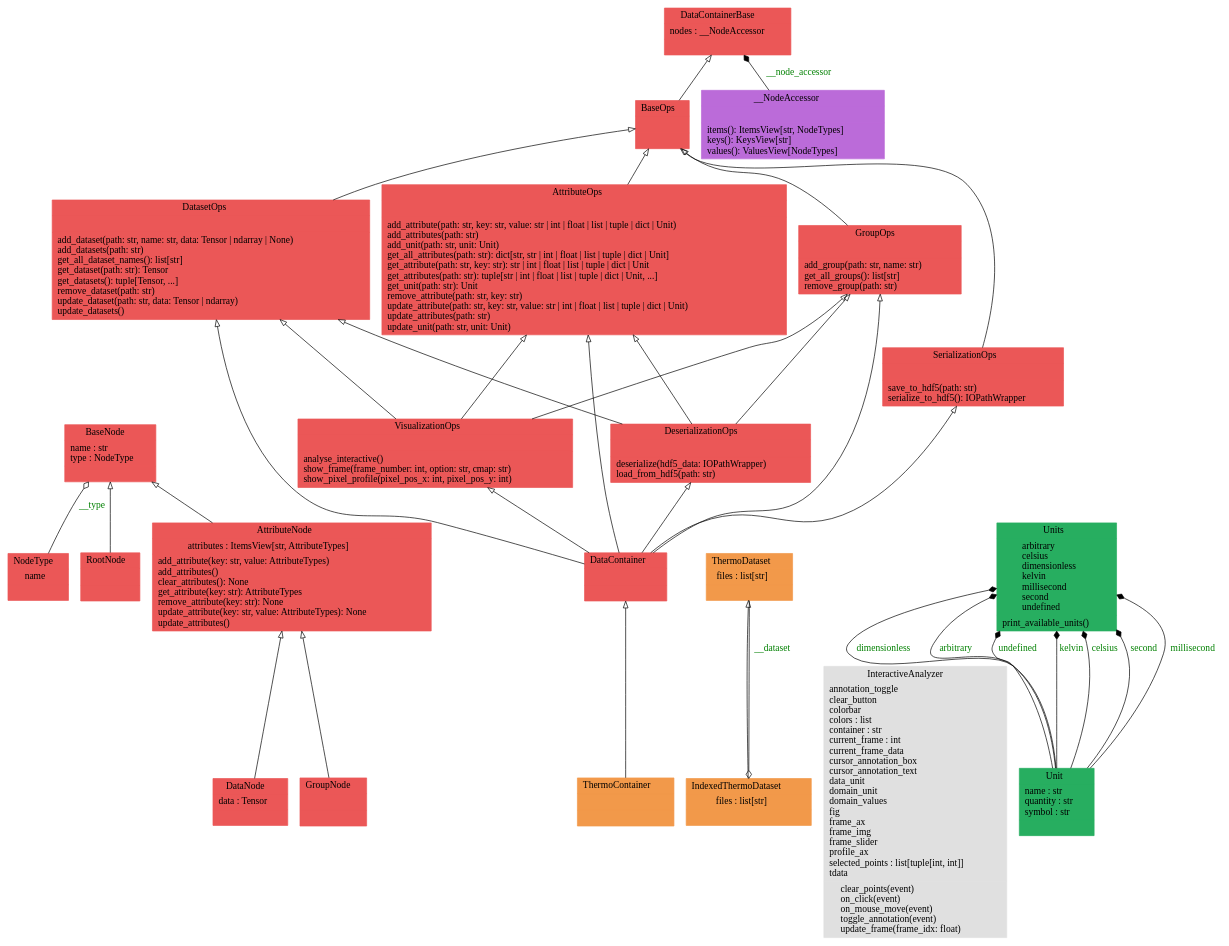
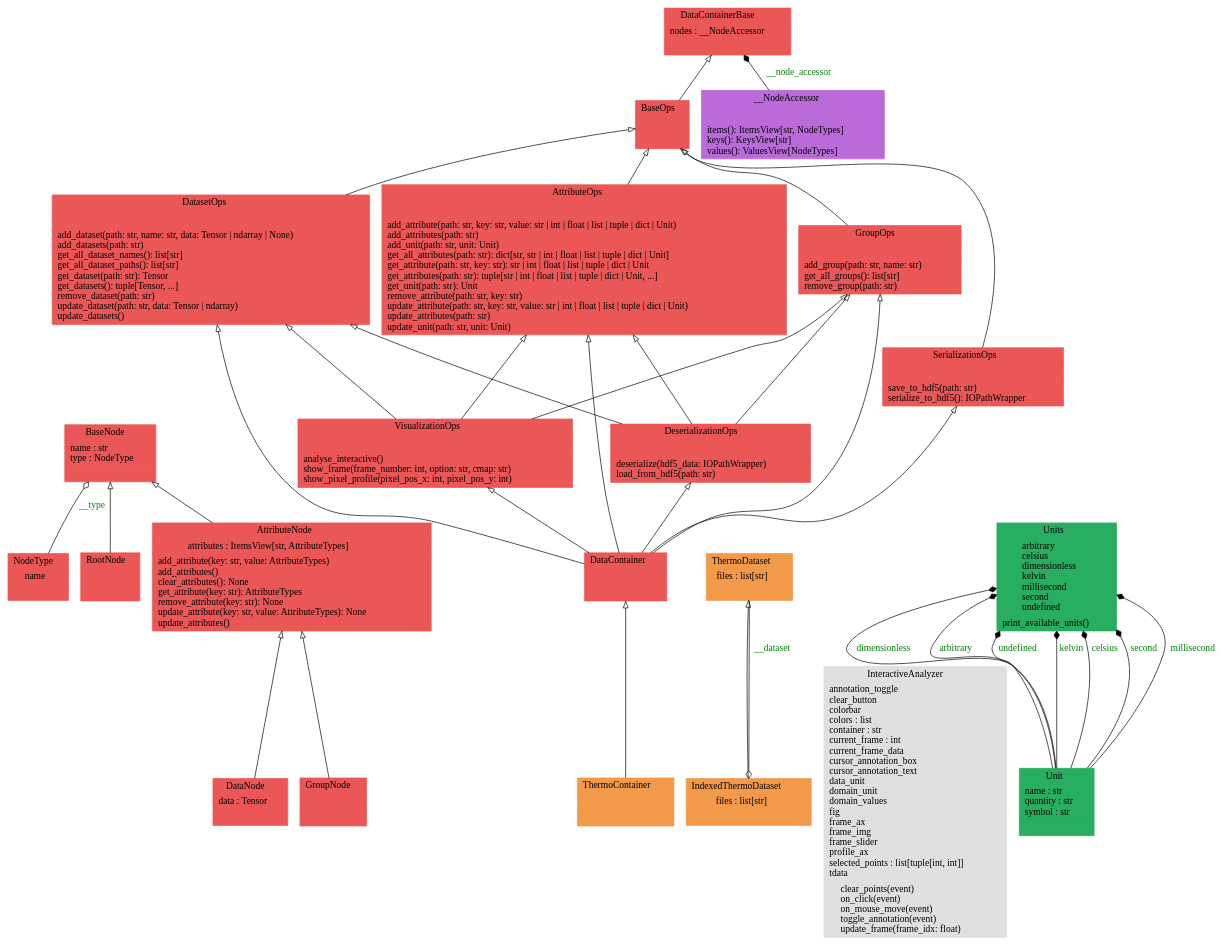
Before and after one commit to voidsy-gmbh/pyThermoNDT: the diagram in docs/pyreverse/graphviz/classes_pythermondt.data.gv, drawn with Graphviz. The commit also changed 18 other files, not shown here.

```diff
--- a/docs/pyreverse/graphviz/classes_pythermondt.data.gv
+++ b/docs/pyreverse/graphviz/classes_pythermondt.data.gv
@@ -1,59 +1,59 @@
 digraph "classes_pythermondt.data" {
 rankdir=BT
 charset="utf-8"
 "pythermondt.data.datacontainer.node.AttributeNode" [color="#EB5757", fontcolor="black", label=<{AttributeNode|attributes : ItemsView[str, AttributeTypes]<br ALIGN="LEFT"/>|add_attribute(key: str, value: AttributeTypes)<br ALIGN="LEFT"/>add_attributes()<br ALIGN="LEFT"/>clear_attributes(): None<br ALIGN="LEFT"/>get_attribute(key: str): AttributeTypes<br ALIGN="LEFT"/>remove_attribute(key: str): None<br ALIGN="LEFT"/>update_attribute(key: str, value: AttributeTypes): None<br ALIGN="LEFT"/>update_attributes()<br ALIGN="LEFT"/>}>, shape="record", style="filled"];
 "pythermondt.data.datacontainer.attribute_ops.AttributeOps" [color="#EB5757", fontcolor="black", label=<{AttributeOps|<br ALIGN="LEFT"/>|add_attribute(path: str, key: str, value: str \| int \| float \| list \| tuple \| dict \| Unit)<br ALIGN="LEFT"/>add_attributes(path: str)<br ALIGN="LEFT"/>add_unit(path: str, unit: Unit)<br ALIGN="LEFT"/>get_all_attributes(path: str): dict[str, str \| int \| float \| list \| tuple \| dict \| Unit]<br ALIGN="LEFT"/>get_attribute(path: str, key: str): str \| int \| float \| list \| tuple \| dict \| Unit<br ALIGN="LEFT"/>get_attributes(path: str): tuple[str \| int \| float \| list \| tuple \| dict \| Unit, ...]<br ALIGN="LEFT"/>get_unit(path: str): Unit<br ALIGN="LEFT"/>remove_attribute(path: str, key: str)<br ALIGN="LEFT"/>update_attribute(path: str, key: str, value: str \| int \| float \| list \| tuple \| dict \| Unit)<br ALIGN="LEFT"/>update_attributes(path: str)<br ALIGN="LEFT"/>update_unit(path: str, unit: Unit)<br ALIGN="LEFT"/>}>, shape="record", style="filled"];
 "pythermondt.data.datacontainer.node.BaseNode" [color="#EB5757", fontcolor="black", label=<{BaseNode|name : str<br ALIGN="LEFT"/>type : NodeType<br ALIGN="LEFT"/>|}>, shape="record", style="filled"];
 "pythermondt.data.datacontainer.base.BaseOps" [color="#EB5757", fontcolor="black", label=<{BaseOps|<br ALIGN="LEFT"/>|}>, shape="record", style="filled"];
 "pythermondt.data.datacontainer.core.DataContainer" [color="#EB5757", fontcolor="black", label=<{DataContainer|<br ALIGN="LEFT"/>|}>, shape="record", style="filled"];
 "pythermondt.data.datacontainer.base.DataContainerBase" [color="#EB5757", fontcolor="black", label=<{DataContainerBase|nodes : __NodeAccessor<br ALIGN="LEFT"/>|}>, shape="record", style="filled"];
 "pythermondt.data.datacontainer.node.DataNode" [color="#EB5757", fontcolor="black", label=<{DataNode|data : Tensor<br ALIGN="LEFT"/>|}>, shape="record", style="filled"];
-"pythermondt.data.datacontainer.dataset_ops.DatasetOps" [color="#EB5757", fontcolor="black", label=<{DatasetOps|<br ALIGN="LEFT"/>|add_dataset(path: str, name: str, data: Tensor \| ndarray \| None)<br ALIGN="LEFT"/>add_datasets(path: str)<br ALIGN="LEFT"/>get_all_dataset_names(): list[str]<br ALIGN="LEFT"/>get_dataset(path: str): Tensor<br ALIGN="LEFT"/>get_datasets(): tuple[Tensor, ...]<br ALIGN="LEFT"/>remove_dataset(path: str)<br ALIGN="LEFT"/>update_dataset(path: str, data: Tensor \| ndarray)<br ALIGN="LEFT"/>update_datasets()<br ALIGN="LEFT"/>}>, shape="record", style="filled"];
+"pythermondt.data.datacontainer.dataset_ops.DatasetOps" [color="#EB5757", fontcolor="black", label=<{DatasetOps|<br ALIGN="LEFT"/>|add_dataset(path: str, name: str, data: Tensor \| ndarray \| None)<br ALIGN="LEFT"/>add_datasets(path: str)<br ALIGN="LEFT"/>get_all_dataset_names(): list[str]<br ALIGN="LEFT"/>get_all_dataset_paths(): list[str]<br ALIGN="LEFT"/>get_dataset(path: str): Tensor<br ALIGN="LEFT"/>get_datasets(): tuple[Tensor, ...]<br ALIGN="LEFT"/>remove_dataset(path: str)<br ALIGN="LEFT"/>update_dataset(path: str, data: Tensor \| ndarray)<br ALIGN="LEFT"/>update_datasets()<br ALIGN="LEFT"/>}>, shape="record", style="filled"];
 "pythermondt.data.datacontainer.serialization_ops.DeserializationOps" [color="#EB5757", fontcolor="black", label=<{DeserializationOps|<br ALIGN="LEFT"/>|deserialize(hdf5_data: IOPathWrapper)<br ALIGN="LEFT"/>load_from_hdf5(path: str)<br ALIGN="LEFT"/>}>, shape="record", style="filled"];
 "pythermondt.data.datacontainer.node.GroupNode" [color="#EB5757", fontcolor="black", label=<{GroupNode|<br ALIGN="LEFT"/>|}>, shape="record", style="filled"];
 "pythermondt.data.datacontainer.group_ops.GroupOps" [color="#EB5757", fontcolor="black", label=<{GroupOps|<br ALIGN="LEFT"/>|add_group(path: str, name: str)<br ALIGN="LEFT"/>get_all_groups(): list[str]<br ALIGN="LEFT"/>remove_group(path: str)<br ALIGN="LEFT"/>}>, shape="record", style="filled"];
 "pythermondt.data.thermo_dataset.IndexedThermoDataset" [color="#F2994A", fontcolor="black", label=<{IndexedThermoDataset|files : list[str]<br ALIGN="LEFT"/>|}>, shape="record", style="filled"];
 "pythermondt.data.datacontainer.visualization_ops.VisualizationOps.InteractiveAnalyzer" [color="#E0E0E0", fontcolor="black", label=<{InteractiveAnalyzer|annotation_toggle<br ALIGN="LEFT"/>clear_button<br ALIGN="LEFT"/>colorbar<br ALIGN="LEFT"/>colors : list<br ALIGN="LEFT"/>container : str<br ALIGN="LEFT"/>current_frame : int<br ALIGN="LEFT"/>current_frame_data<br ALIGN="LEFT"/>cursor_annotation_box<br ALIGN="LEFT"/>cursor_annotation_text<br ALIGN="LEFT"/>data_unit<br ALIGN="LEFT"/>domain_unit<br ALIGN="LEFT"/>domain_values<br ALIGN="LEFT"/>fig<br ALIGN="LEFT"/>frame_ax<br ALIGN="LEFT"/>frame_img<br ALIGN="LEFT"/>frame_slider<br ALIGN="LEFT"/>profile_ax<br ALIGN="LEFT"/>selected_points : list[tuple[int, int]]<br ALIGN="LEFT"/>tdata<br ALIGN="LEFT"/>|clear_points(event)<br ALIGN="LEFT"/>on_click(event)<br ALIGN="LEFT"/>on_mouse_move(event)<br ALIGN="LEFT"/>toggle_annotation(event)<br ALIGN="LEFT"/>update_frame(frame_idx: float)<br ALIGN="LEFT"/>}>, shape="record", style="filled"];
 "pythermondt.data.datacontainer.node.NodeType" [color="#EB5757", fontcolor="black", label=<{NodeType|name<br ALIGN="LEFT"/>|}>, shape="record", style="filled"];
 "pythermondt.data.datacontainer.node.RootNode" [color="#EB5757", fontcolor="black", label=<{RootNode|<br ALIGN="LEFT"/>|}>, shape="record", style="filled"];
 "pythermondt.data.datacontainer.serialization_ops.SerializationOps" [color="#EB5757", fontcolor="black", label=<{SerializationOps|<br ALIGN="LEFT"/>|save_to_hdf5(path: str)<br ALIGN="LEFT"/>serialize_to_hdf5(): IOPathWrapper<br ALIGN="LEFT"/>}>, shape="record", style="filled"];
 "pythermondt.data.thermo_container.ThermoContainer" [color="#F2994A", fontcolor="black", label=<{ThermoContainer|<br ALIGN="LEFT"/>|}>, shape="record", style="filled"];
 "pythermondt.data.thermo_dataset.ThermoDataset" [color="#F2994A", fontcolor="black", label=<{ThermoDataset|files : list[str]<br ALIGN="LEFT"/>|}>, shape="record", style="filled"];
 "pythermondt.data.units._unit.Unit" [color="#27AE60", fontcolor="black", label=<{Unit|name : str<br ALIGN="LEFT"/>quantity : str<br ALIGN="LEFT"/>symbol : str<br ALIGN="LEFT"/>|}>, shape="record", style="filled"];
 "pythermondt.data.units.units.Units" [color="#27AE60", fontcolor="black", label=<{Units|arbitrary<br ALIGN="LEFT"/>celsius<br ALIGN="LEFT"/>dimensionless<br ALIGN="LEFT"/>kelvin<br ALIGN="LEFT"/>millisecond<br ALIGN="LEFT"/>second<br ALIGN="LEFT"/>undefined<br ALIGN="LEFT"/>|print_available_units()<br ALIGN="LEFT"/>}>, shape="record", style="filled"];
 "pythermondt.data.datacontainer.visualization_ops.VisualizationOps" [color="#EB5757", fontcolor="black", label=<{VisualizationOps|<br ALIGN="LEFT"/>|analyse_interactive()<br ALIGN="LEFT"/>show_frame(frame_number: int, option: str, cmap: str)<br ALIGN="LEFT"/>show_pixel_profile(pixel_pos_x: int, pixel_pos_y: int)<br ALIGN="LEFT"/>}>, shape="record", style="filled"];
 "pythermondt.data.datacontainer.base.DataContainerBase.__NodeAccessor" [color="#BB6BD9", fontcolor="black", label=<{__NodeAccessor|<br ALIGN="LEFT"/>|items(): ItemsView[str, NodeTypes]<br ALIGN="LEFT"/>keys(): KeysView[str]<br ALIGN="LEFT"/>values(): ValuesView[NodeTypes]<br ALIGN="LEFT"/>}>, shape="record", style="filled"];
 "pythermondt.data.datacontainer.attribute_ops.AttributeOps" -> "pythermondt.data.datacontainer.base.BaseOps" [arrowhead="empty", arrowtail="none"];
 "pythermondt.data.datacontainer.base.BaseOps" -> "pythermondt.data.datacontainer.base.DataContainerBase" [arrowhead="empty", arrowtail="none"];
 "pythermondt.data.datacontainer.core.DataContainer" -> "pythermondt.data.datacontainer.attribute_ops.AttributeOps" [arrowhead="empty", arrowtail="none"];
 "pythermondt.data.datacontainer.core.DataContainer" -> "pythermondt.data.datacontainer.dataset_ops.DatasetOps" [arrowhead="empty", arrowtail="none"];
 "pythermondt.data.datacontainer.core.DataContainer" -> "pythermondt.data.datacontainer.group_ops.GroupOps" [arrowhead="empty", arrowtail="none"];
 "pythermondt.data.datacontainer.core.DataContainer" -> "pythermondt.data.datacontainer.serialization_ops.DeserializationOps" [arrowhead="empty", arrowtail="none"];
 "pythermondt.data.datacontainer.core.DataContainer" -> "pythermondt.data.datacontainer.serialization_ops.SerializationOps" [arrowhead="empty", arrowtail="none"];
 "pythermondt.data.datacontainer.core.DataContainer" -> "pythermondt.data.datacontainer.visualization_ops.VisualizationOps" [arrowhead="empty", arrowtail="none"];
 "pythermondt.data.datacontainer.dataset_ops.DatasetOps" -> "pythermondt.data.datacontainer.base.BaseOps" [arrowhead="empty", arrowtail="none"];
 "pythermondt.data.datacontainer.group_ops.GroupOps" -> "pythermondt.data.datacontainer.base.BaseOps" [arrowhead="empty", arrowtail="none"];
 "pythermondt.data.datacontainer.node.AttributeNode" -> "pythermondt.data.datacontainer.node.BaseNode" [arrowhead="empty", arrowtail="none"];
 "pythermondt.data.datacontainer.node.DataNode" -> "pythermondt.data.datacontainer.node.AttributeNode" [arrowhead="empty", arrowtail="none"];
 "pythermondt.data.datacontainer.node.GroupNode" -> "pythermondt.data.datacontainer.node.AttributeNode" [arrowhead="empty", arrowtail="none"];
 "pythermondt.data.datacontainer.node.RootNode" -> "pythermondt.data.datacontainer.node.BaseNode" [arrowhead="empty", arrowtail="none"];
 "pythermondt.data.datacontainer.serialization_ops.DeserializationOps" -> "pythermondt.data.datacontainer.attribute_ops.AttributeOps" [arrowhead="empty", arrowtail="none"];
 "pythermondt.data.datacontainer.serialization_ops.DeserializationOps" -> "pythermondt.data.datacontainer.dataset_ops.DatasetOps" [arrowhead="empty", arrowtail="none"];
 "pythermondt.data.datacontainer.serialization_ops.DeserializationOps" -> "pythermondt.data.datacontainer.group_ops.GroupOps" [arrowhead="empty", arrowtail="none"];
 "pythermondt.data.datacontainer.serialization_ops.SerializationOps" -> "pythermondt.data.datacontainer.base.BaseOps" [arrowhead="empty", arrowtail="none"];
 "pythermondt.data.datacontainer.visualization_ops.VisualizationOps" -> "pythermondt.data.datacontainer.attribute_ops.AttributeOps" [arrowhead="empty", arrowtail="none"];
 "pythermondt.data.datacontainer.visualization_ops.VisualizationOps" -> "pythermondt.data.datacontainer.dataset_ops.DatasetOps" [arrowhead="empty", arrowtail="none"];
 "pythermondt.data.datacontainer.visualization_ops.VisualizationOps" -> "pythermondt.data.datacontainer.group_ops.GroupOps" [arrowhead="empty", arrowtail="none"];
 "pythermondt.data.thermo_container.ThermoContainer" -> "pythermondt.data.datacontainer.core.DataContainer" [arrowhead="empty", arrowtail="none"];
 "pythermondt.data.thermo_dataset.IndexedThermoDataset" -> "pythermondt.data.thermo_dataset.ThermoDataset" [arrowhead="empty", arrowtail="none"];
 "pythermondt.data.datacontainer.base.DataContainerBase.__NodeAccessor" -> "pythermondt.data.datacontainer.base.DataContainerBase" [arrowhead="diamond", arrowtail="none", fontcolor="green", label="__node_accessor", style="solid"];
 "pythermondt.data.units._unit.Unit" -> "pythermondt.data.units.units.Units" [arrowhead="diamond", arrowtail="none", fontcolor="green", label="dimensionless", style="solid"];
 "pythermondt.data.units._unit.Unit" -> "pythermondt.data.units.units.Units" [arrowhead="diamond", arrowtail="none", fontcolor="green", label="arbitrary", style="solid"];
 "pythermondt.data.units._unit.Unit" -> "pythermondt.data.units.units.Units" [arrowhead="diamond", arrowtail="none", fontcolor="green", label="undefined", style="solid"];
 "pythermondt.data.units._unit.Unit" -> "pythermondt.data.units.units.Units" [arrowhead="diamond", arrowtail="none", fontcolor="green", label="kelvin", style="solid"];
 "pythermondt.data.units._unit.Unit" -> "pythermondt.data.units.units.Units" [arrowhead="diamond", arrowtail="none", fontcolor="green", label="celsius", style="solid"];
 "pythermondt.data.units._unit.Unit" -> "pythermondt.data.units.units.Units" [arrowhead="diamond", arrowtail="none", fontcolor="green", label="second", style="solid"];
 "pythermondt.data.units._unit.Unit" -> "pythermondt.data.units.units.Units" [arrowhead="diamond", arrowtail="none", fontcolor="green", label="millisecond", style="solid"];
 "pythermondt.data.datacontainer.node.NodeType" -> "pythermondt.data.datacontainer.node.BaseNode" [arrowhead="odiamond", arrowtail="none", fontcolor="green", label="__type", style="solid"];
 "pythermondt.data.thermo_dataset.ThermoDataset" -> "pythermondt.data.thermo_dataset.IndexedThermoDataset" [arrowhead="odiamond", arrowtail="none", fontcolor="green", label="__dataset", style="solid"];
 }
```
